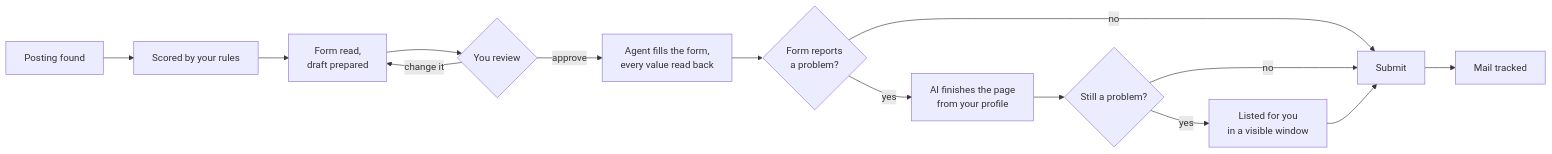
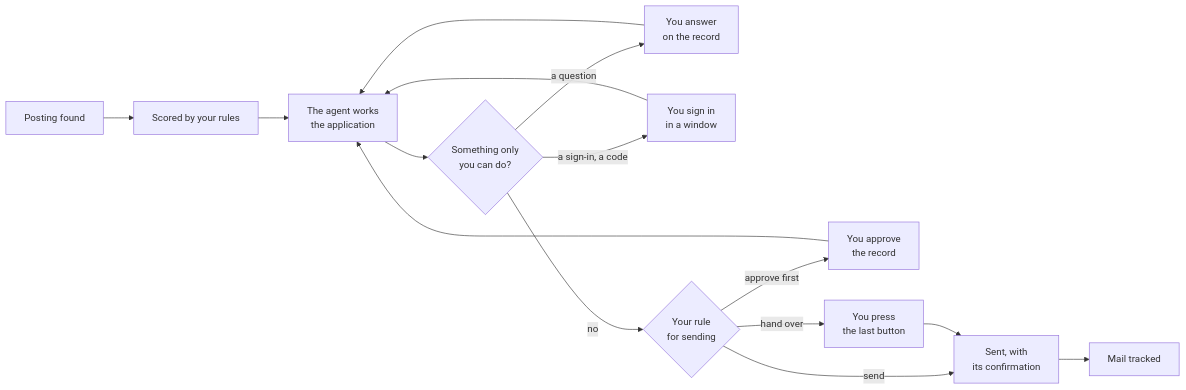
Before and after one commit to Liam-Frost/AutoApply: the diagram in README.md, drawn with Mermaid. The commit also changed other lines of this file and 153 other files, not shown here.

````diff
--- a/README.md
+++ b/README.md
@@ -132,16 +132,15 @@
 ```mermaid
 flowchart LR
     A[Posting found] --> B[Scored by your rules]
-    B --> C[Form read,<br>draft prepared]
-    C --> D{You review}
-    D -- change it --> C
-    D -- approve --> E[Agent fills the form,<br>every value read back]
-    E --> F{Form reports<br>a problem?}
-    F -- no --> H[Submit]
-    F -- yes --> G[AI finishes the page<br>from your profile]
-    G --> F2{Still a problem?}
-    F2 -- no --> H
-    F2 -- yes --> I[Listed for you<br>in a visible window]
-    I --> H
+    B --> C[The agent works<br>the application]
+    C --> D{Something only<br>you can do?}
+    D -- a question --> Q[You answer<br>on the record]
+    D -- a sign-in, a code --> S[You sign in<br>in a window]
+    Q --> C
+    S --> C
+    D -- no --> E{Your rule<br>for sending}
+    E -- send --> H[Sent, with<br>its confirmation]
+    E -- approve first --> R[You approve<br>the record] --> C
+    E -- hand over --> W[You press<br>the last button] --> H
     H --> J[Mail tracked]
 ```
````
